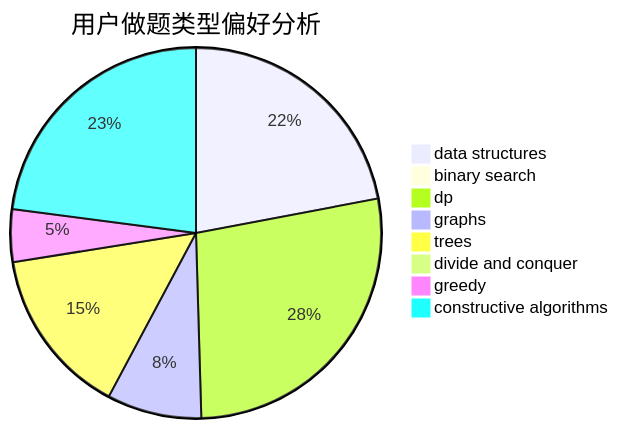
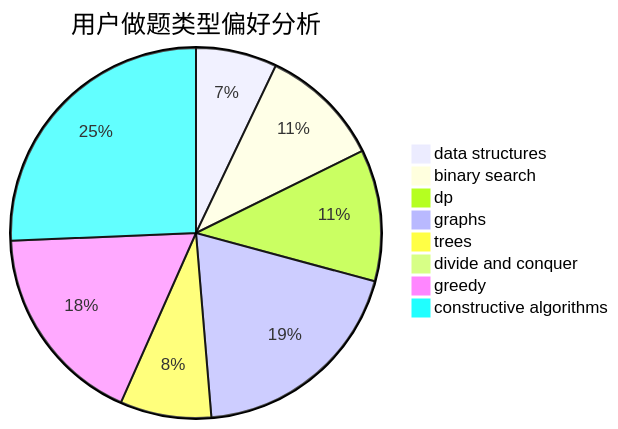
The second of 3 diagrams in docs/user/u2713.md (sherpahu/cfrs.github.io), drawn with Mermaid before and after one commit. The commit also changed other lines of this file and 2770 other files, not shown here.

````diff
--- a/docs/user/u2713.md
+++ b/docs/user/u2713.md
@@ -23,11 +23,11 @@
 ```mermaid
 pie title 用户做题类型偏好分析
-    "data structures" :  24
-    "binary search" :  0
-    "dp" :  30
-    "graphs" :  9
-    "trees" :  16
-    "divide and conquer" :  0
-    "greedy" :  5
-    "constructive algorithms" :  25
+    "data structures" :  8
+    "binary search" :  12
+    "dp" :  13
+    "graphs" :  22
+    "trees" :  9
+    "divide and conquer" :  1
+    "greedy" :  20
+    "constructive algorithms" :  29
 ```
````
